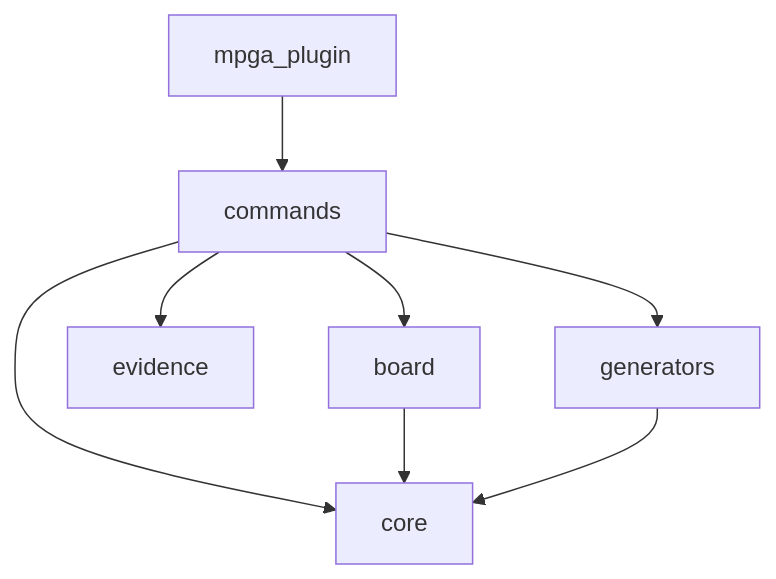
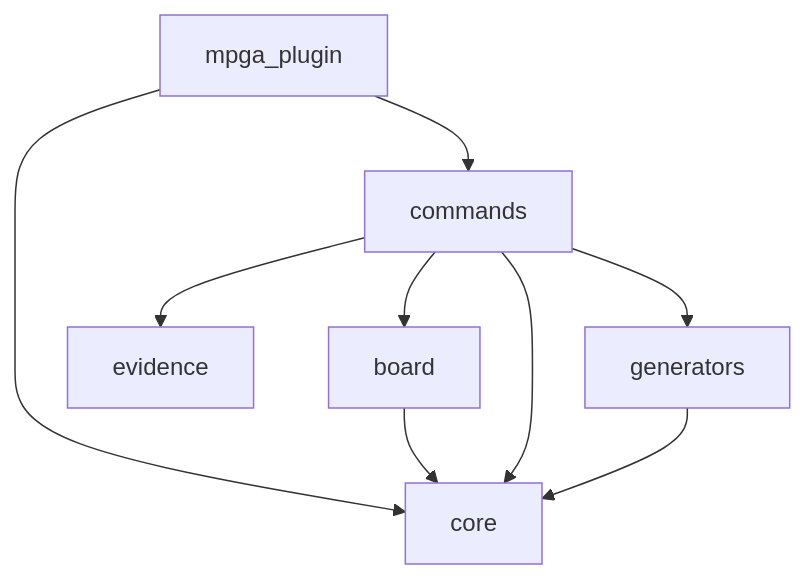
One commit to benrben/MPGA changed the diagram in MPGA/GRAPH.md. Above: the diagram before and after it, drawn with Mermaid. The commit also changed other lines of this file and 13 other files, not shown here.

Commit message:
Update project documentation and configuration: revised module summaries, added knowledge layer conventions and key file roles, and updated generated timestamps. Enhanced settings with new hooks for post-tool use and adjusted module dependencies in GRAPH.md.

````diff
--- a/MPGA/GRAPH.md
+++ b/MPGA/GRAPH.md
@@ -29,10 +30,11 @@
 ```mermaid
 graph TD
+    mpga_plugin --> core
     mpga_plugin --> commands
+    board --> core
     commands --> core
     commands --> board
     commands --> evidence
     commands --> generators
-    board --> core
     generators --> core
 ```
````
